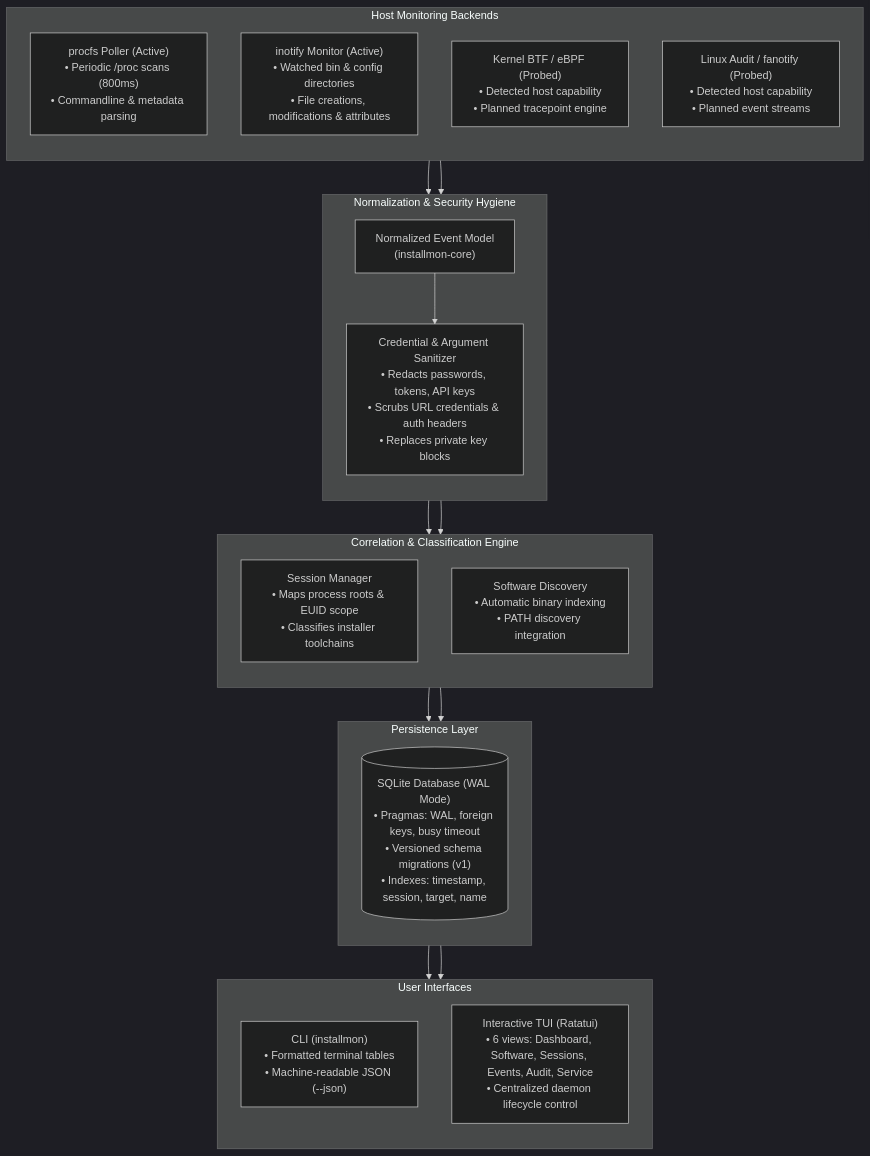
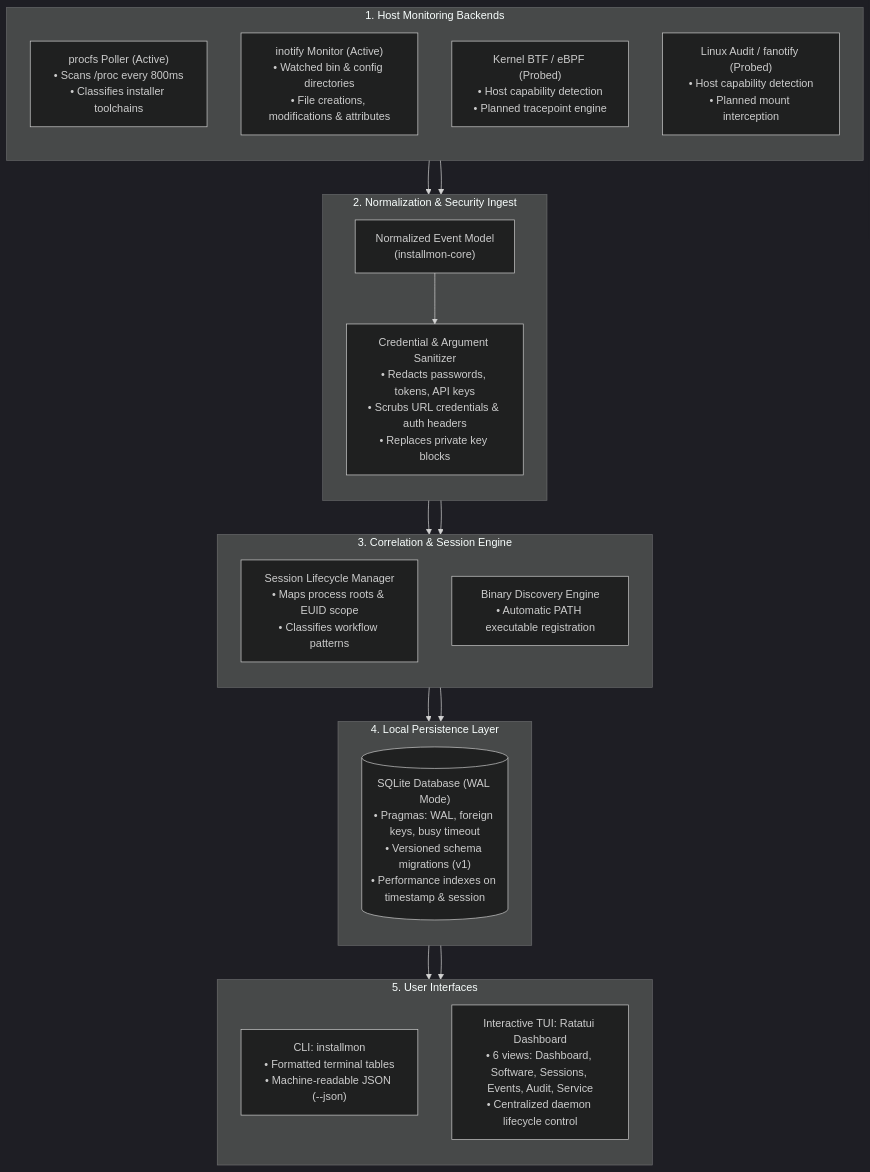
Before and after one commit to ankur3-101106/installmon: the diagram in README.md, drawn with Mermaid (dark theme). The commit also changed other lines of this file and 11 other files, not shown here.

````diff
--- a/README.md
+++ b/README.md
@@ -116,39 +37,39 @@
 ```mermaid
 flowchart TD
-    subgraph S1["Host Monitoring Backends"]
+    subgraph S1["1. Host Monitoring Backends"]
         direction TB
-        B1["procfs Poller (Active)<br/>• Periodic /proc scans (800ms)<br/>• Commandline & metadata parsing"]
+        B1["procfs Poller (Active)<br/>• Scans /proc every 800ms<br/>• Classifies installer toolchains"]
         B2["inotify Monitor (Active)<br/>• Watched bin & config directories<br/>• File creations, modifications & attributes"]
-        B3["Kernel BTF / eBPF (Probed)<br/>• Detected host capability<br/>• Planned tracepoint engine"]
-        B4["Linux Audit / fanotify (Probed)<br/>• Detected host capability<br/>• Planned event streams"]
+        B3["Kernel BTF / eBPF (Probed)<br/>• Host capability detection<br/>• Planned tracepoint engine"]
+        B4["Linux Audit / fanotify (Probed)<br/>• Host capability detection<br/>• Planned mount interception"]
     end
 
-    subgraph S2["Normalization & Security Hygiene"]
+    subgraph S2["2. Normalization & Security Ingest"]
         direction TB
         N1["Normalized Event Model<br/>(installmon-core)"]
         N2["Credential & Argument Sanitizer<br/>• Redacts passwords, tokens, API keys<br/>• Scrubs URL credentials & auth headers<br/>• Replaces private key blocks"]
     end
 
-    subgraph S3["Correlation & Classification Engine"]
+    subgraph S3["3. Correlation & Session Engine"]
         direction TB
-        C1["Session Manager<br/>• Maps process roots & EUID scope<br/>• Classifies installer toolchains"]
-        C2["Software Discovery<br/>• Automatic binary indexing<br/>• PATH discovery integration"]
+        C1["Session Lifecycle Manager<br/>• Maps process roots & EUID scope<br/>• Classifies workflow patterns"]
+        C2["Binary Discovery Engine<br/>• Automatic PATH executable registration"]
     end
 
-    subgraph S4["Persistence Layer"]
+    subgraph S4["4. Local Persistence Layer"]
         direction TB
-        D1[("SQLite Database (WAL Mode)<br/>• Pragmas: WAL, foreign keys, busy timeout<br/>• Versioned schema migrations (v1)<br/>• Indexes: timestamp, session, target, name")]
+        D1[("SQLite Database (WAL Mode)<br/>• Pragmas: WAL, foreign keys, busy timeout<br/>• Versioned schema migrations (v1)<br/>• Performance indexes on timestamp & session")]
     end
 
-    subgraph S5["User Interfaces"]
+    subgraph S5["5. User Interfaces"]
         direction TB
-        UI1["CLI (installmon)<br/>• Formatted terminal tables<br/>• Machine-readable JSON (--json)"]
-        UI2["Interactive TUI (Ratatui)<br/>• 6 views: Dashboard, Software, Sessions, Events, Audit, Service<br/>• Centralized daemon lifecycle control"]
+        UI1["CLI: installmon<br/>• Formatted terminal tables<br/>• Machine-readable JSON (--json)"]
+        UI2["Interactive TUI: Ratatui Dashboard<br/>• 6 views: Dashboard, Software, Sessions, Events, Audit, Service<br/>• Centralized daemon lifecycle control"]
     end
 
     B1 & B2 --> N1
     N1 --> N2
     N2 --> C1 & C2
     C1 & C2 --> D1
     D1 --> UI1 & UI2
 ```
````
